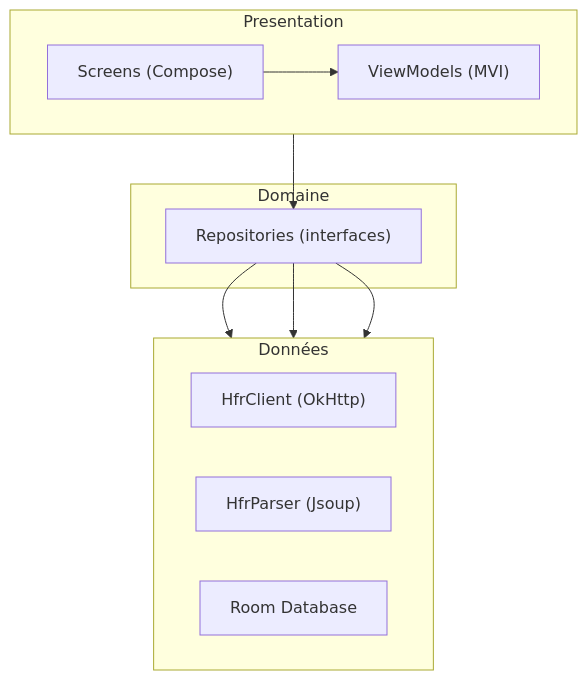
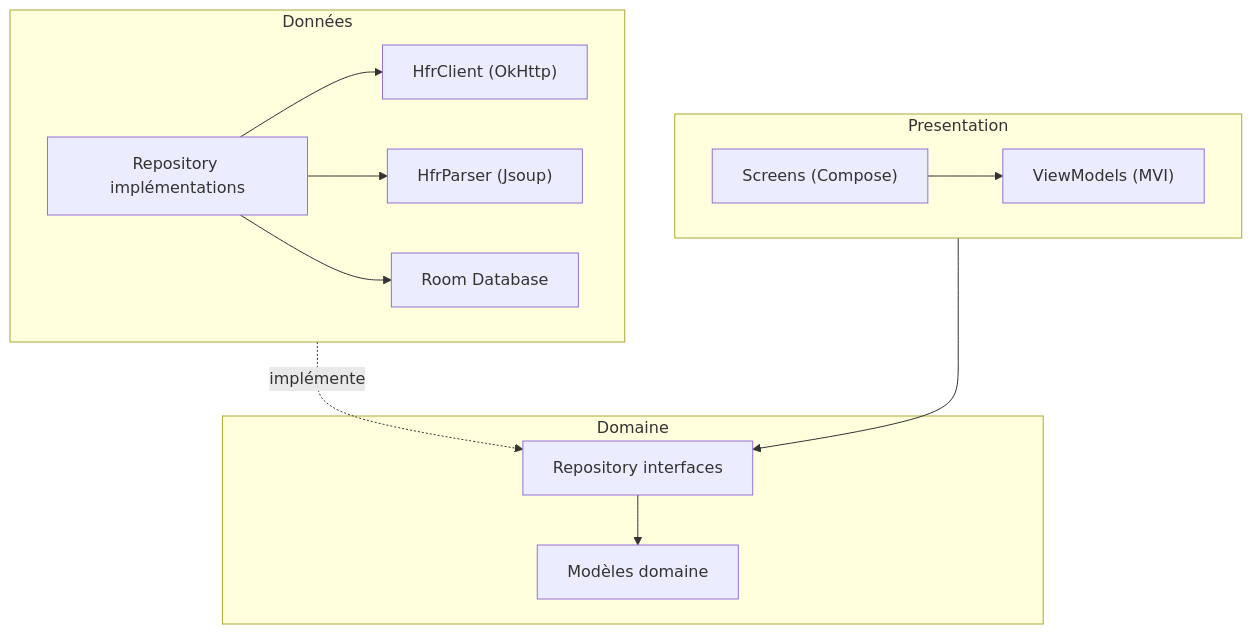
The first of 3 diagrams in docs/architecture.md (ForumHFR/redface2), drawn with Mermaid before and after one commit. The commit also changed other lines of this file and 1 other file, not shown here.

First line of the commit message:
feat(spec): add domain/data/extension modules — enforce 3-layer architecture

````diff
--- a/docs/architecture.md
+++ b/docs/architecture.md
@@ -19,22 +19,26 @@
 ```mermaid
 graph TB
     subgraph "Presentation"
         direction LR
         S["Screens (Compose)"]
         VM["ViewModels (MVI)"]
         S --> VM
     end
     subgraph "Domaine"
-        R["Repositories (interfaces)"]
+        RI["Repository interfaces"]
+        M["Modèles domaine"]
     end
     subgraph "Données"
         direction LR
+        IMPL["Repository implémentations"]
         NET["HfrClient (OkHttp)"]
         PARSE["HfrParser (Jsoup)"]
         DB["Room Database"]
+        IMPL --> NET
+        IMPL --> PARSE
+        IMPL --> DB
     end
-    VM --> R
-    R --> NET
-    R --> PARSE
-    R --> DB
+    VM --> RI
+    RI --> M
+    IMPL -.->|implémente| RI
 ```
````
